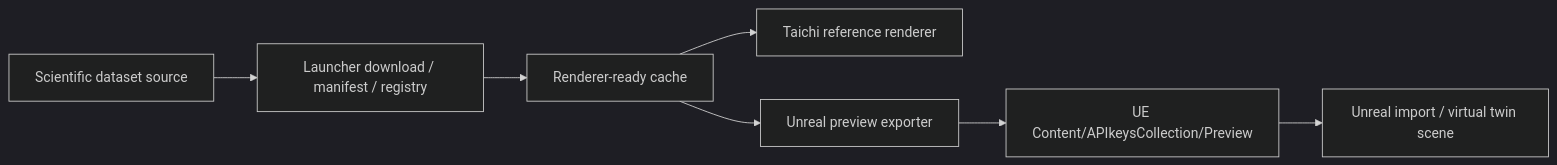
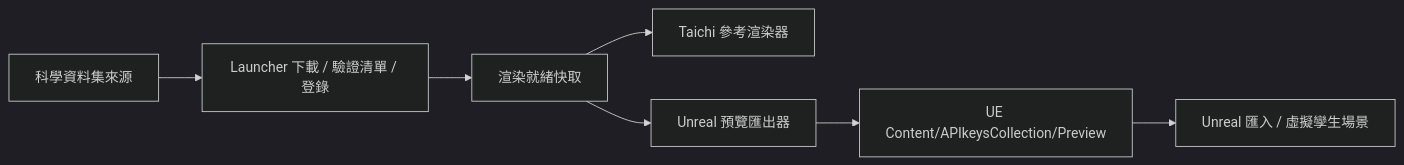
The first of 2 diagrams in docs/appendices/unreal_bridge.zh-TW.md (YanAnnLu/APIkeys_collection), drawn with Mermaid (dark theme) before and after one commit. The commit also changed other lines of this file and 17 other files, not shown here.

````diff
--- a/docs/appendices/unreal_bridge.zh-TW.md
+++ b/docs/appendices/unreal_bridge.zh-TW.md
@@ -30,9 +30,9 @@
 ```mermaid
 flowchart LR
-    A[Scientific dataset source] --> B[Launcher download / manifest / registry]
-    B --> C[Renderer-ready cache]
-    C --> D[Taichi reference renderer]
-    C --> E[Unreal preview exporter]
+    A[科學資料集來源] --> B[Launcher 下載 / 驗證清單 / 登錄]
+    B --> C[渲染就緒快取]
+    C --> D[Taichi 參考渲染器]
+    C --> E[Unreal 預覽匯出器]
     E --> F[UE Content/APIkeysCollection/Preview]
-    F --> G[Unreal import / virtual twin scene]
+    F --> G[Unreal 匯入 / 虛擬孿生場景]
 ```
````
